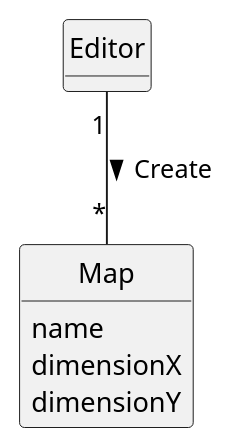
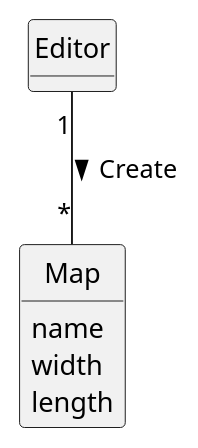
Before and after one commit to bruno-monteiro5/sem2-pi-24.25-g132-repo: the diagram in docs/system-documentation/US001/02.analysis/puml/US001-DM.puml, drawn with PlantUML. The commit also changed 16 other files, not shown here.

```diff
--- a/docs/system-documentation/US001/02.analysis/puml/US001-DM.puml
+++ b/docs/system-documentation/US001/02.analysis/puml/US001-DM.puml
@@ -1,27 +1,27 @@
 @startuml
 skinparam monochrome true
 skinparam packageStyle rectangle
 skinparam shadowing false
 
 'left to right direction
 
 skinparam classAttributeIconSize 0
 
 hide circle
 hide methods
 
 'title Domain Model
 
 class Editor {
 
  }
 
  class Map {
  name
- dimensionX
- dimensionY
+ width
+ length
  }
 
  Editor "1" -- "*" Map : Create >
 
 @enduml
```
